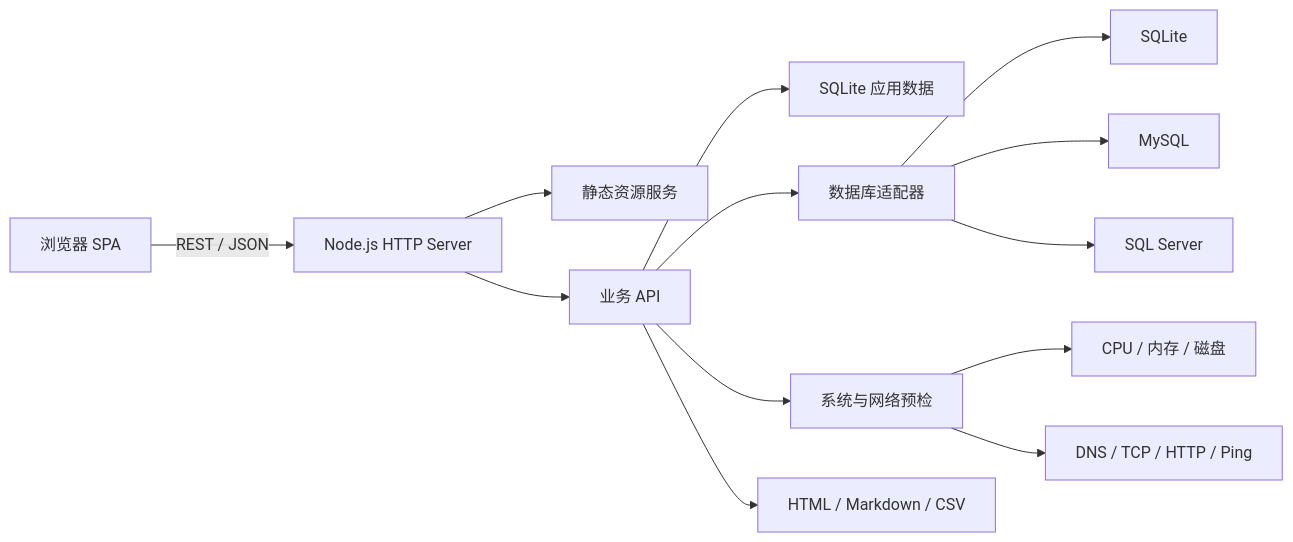
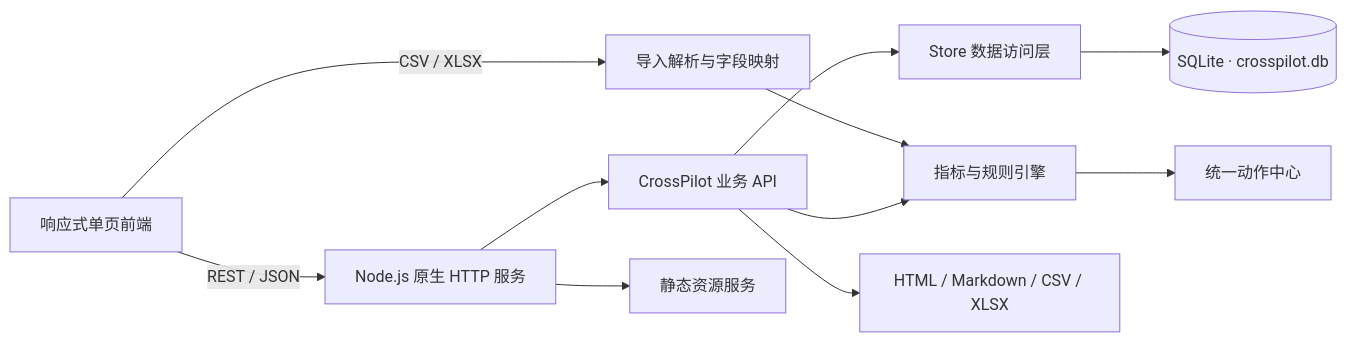
The diagram in docs/architecture.md (linxiaoyuan123/crosspilot-operations-console), drawn with Mermaid before and after one commit. The commit also changed other lines of this file and 46 other files, not shown here.

Commit message:
feat: launch CrossPilot operations console

````diff
--- a/docs/architecture.md
+++ b/docs/architecture.md
@@ -5,15 +5,13 @@
 ```mermaid
 flowchart LR
-  Browser[浏览器 SPA] -->|REST / JSON| HTTP[Node.js HTTP Server]
+  Browser[响应式单页前端] -->|REST / JSON| HTTP[Node.js 原生 HTTP 服务]
+  Browser -->|CSV / XLSX| Import[导入解析与字段映射]
+  HTTP --> API[CrossPilot 业务 API]
   HTTP --> Static[静态资源服务]
-  HTTP --> API[业务 API]
-  API --> Store[SQLite 应用数据]
-  API --> Database[数据库适配器]
-  Database --> SQLite[SQLite]
-  Database --> MySQL[MySQL]
-  Database --> SQLServer[SQL Server]
-  API --> Diagnostics[系统与网络预检]
-  Diagnostics --> Host[CPU / 内存 / 磁盘]
-  Diagnostics --> Network[DNS / TCP / HTTP / Ping]
-  API --> Reports[HTML / Markdown / CSV]
+  API --> Store[Store 数据访问层]
+  Store --> SQLite[(SQLite · crosspilot.db)]
+  Import --> Metrics[指标与规则引擎]
+  API --> Metrics
+  Metrics --> Actions[统一动作中心]
+  API --> Reports[HTML / Markdown / CSV / XLSX]
 ```
````
